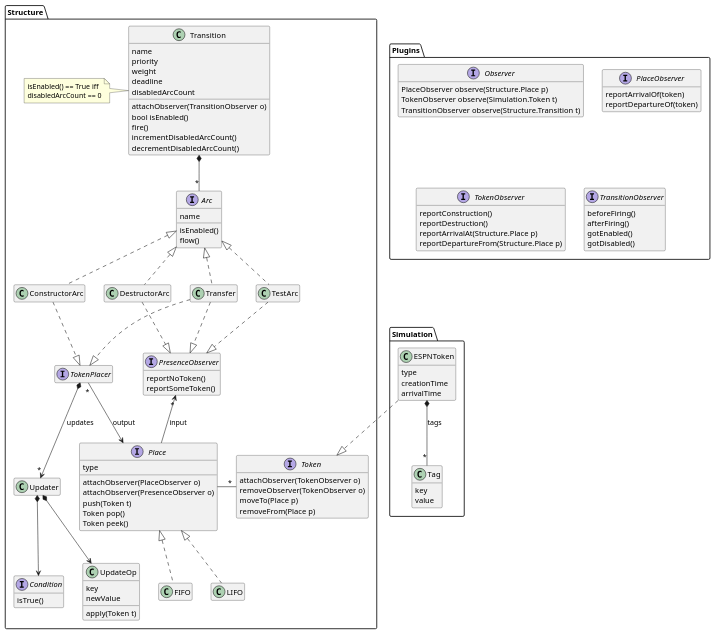
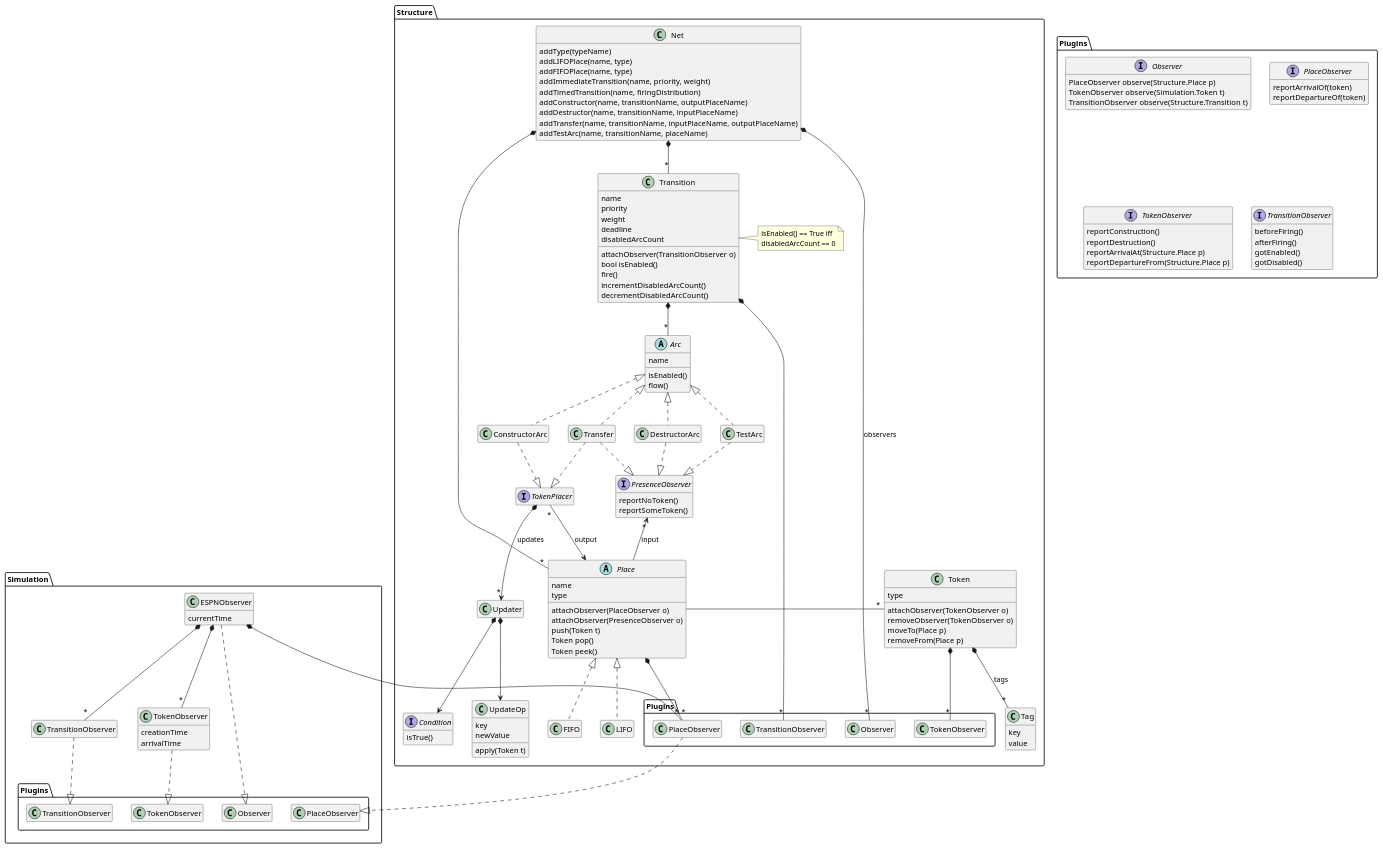
One commit to vadaszd/petsi changed the diagram in src/petsi.puml. Above: the diagram before and after it, drawn with PlantUML.

Commit message:
Details in Simulator pkg

```diff
--- a/src/petsi.puml
+++ b/src/petsi.puml
@@ -1,123 +1,154 @@
 @startuml
 hide empty members
 
 namespace Structure {
 
-interface Place {
+class Net {
+    addType(typeName)
+    addLIFOPlace(name, type)
+    addFIFOPlace(name, type)
+    addImmediateTransition(name, priority, weight)
+    addTimedTransition(name, firingDistribution)
+    addConstructor(name, transitionName, outputPlaceName)
+    addDestructor(name, transitionName, inputPlaceName)
+    addTransfer(name, transitionName, inputPlaceName, outputPlaceName)
+    addTestArc(name, transitionName, placeName)
+}
+
+abstract class Place {
+    name
     type
     attachObserver(PlaceObserver o)
     attachObserver(PresenceObserver o)
     push(Token t)
     Token pop()
     Token peek()
 }
 
 class Transition{
     name
     priority
     weight
     deadline
     disabledArcCount
     attachObserver(TransitionObserver o)
     bool isEnabled()
     fire()
     incrementDisabledArcCount()
     decrementDisabledArcCount()
 }
-note left
+note right
 isEnabled() == True iff
 disabledArcCount == 0
 end note
 
 interface Condition{
     isTrue()
 }
 
 class UpdateOp {
     key
     newValue
     apply(Token t)
 }
 
-interface Arc {
+abstract class Arc {
     name
     isEnabled()
     flow()
 }
 
-interface Token {
+class Token {
+    type
     attachObserver(TokenObserver o)
     removeObserver(TokenObserver o)
     moveTo(Place p)
     removeFrom(Place p)
 }
+class Tag{
+    key
+    value
+}
+
 interface TokenPlacer
 
 interface PresenceObserver {
     reportNoToken()
     reportSomeToken()
 }
 
+Net *-- "*" Place
+Net *-- "*" Transition
+Net *-- "*" Plugins.Observer: observers
 Place -l- "*" Token
+Token *-- "*" Plugins.TokenObserver
+Token *-- "*" Tag : tags
+Place *-- "*" Plugins.PlaceObserver
 TestArc .u.|> Arc
 ConstructorArc  .u.|> Arc
 DestructorArc  .u.|> Arc
 Transfer  .u.|> Arc
 Transition *-- "*" Arc
+Transition *-- "*" Plugins.TransitionObserver
 PresenceObserver "*" <-- Place : input
 TestArc .d.|> PresenceObserver
 ConstructorArc .d.|> TokenPlacer
 DestructorArc .d.|> PresenceObserver
 TokenPlacer "*" --> Place : output
 Transfer  .d.|> TokenPlacer
 Transfer  .d.|> PresenceObserver
 FIFO .u.|> Place
 LIFO .u.|> Place
 TokenPlacer *--> "*" Updater : updates
 Updater *--> Condition
 Updater *--> UpdateOp
 
+
 }
 
 namespace Simulation {
-class ESPNToken {
-    type
+class ESPNObserver{
+    currentTime
+}
+
+class TransitionObserver
+
+class TokenObserver {
     creationTime
     arrivalTime
 }
 
-class Tag{
-    key
-    value
-}
-
-ESPNToken *-- "*" Tag : tags
-ESPNToken  ..|> Structure.Token
-
+ESPNObserver *-- "*" TransitionObserver
+ESPNObserver *-- "*" TokenObserver
+ESPNObserver *-- "*" PlaceObserver
+ESPNObserver ..|> Plugins.Observer
+TransitionObserver ..|> Plugins.TransitionObserver
+TokenObserver ..|> Plugins.TokenObserver
+PlaceObserver ..|> Plugins.PlaceObserver
 }
 
 namespace Plugins {
 interface Observer {
     PlaceObserver observe(Structure.Place p)
     TokenObserver observe(Simulation.Token t)
     TransitionObserver observe(Structure.Transition t)
 }
 interface PlaceObserver{
     reportArrivalOf(token)
     reportDepartureOf(token)
 }
 interface TokenObserver{
     reportConstruction()
     reportDestruction()
     reportArrivalAt(Structure.Place p)
     reportDepartureFrom(Structure.Place p)
 }
 interface TransitionObserver{
     beforeFiring()
     afterFiring()
     gotEnabled()
     gotDisabled()
 }
 
 }
 @enduml
```
